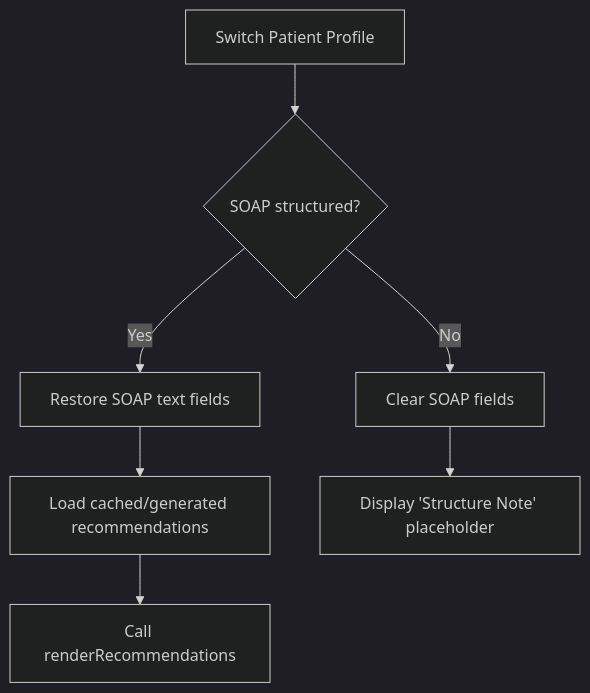
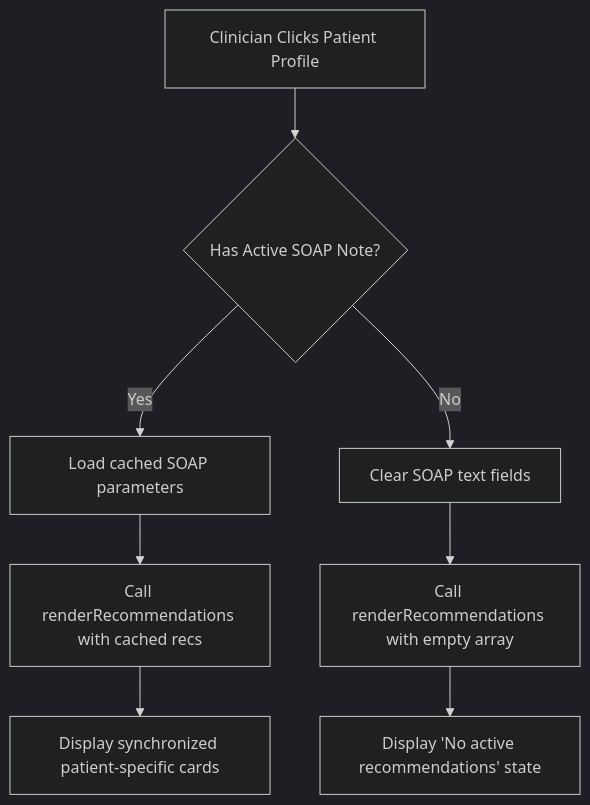
One commit to safevoice009/shinrin-ai changed the diagram in analysis_documentation/recommendations_desync_bug.md. Above: the diagram before and after it, drawn with Mermaid (dark theme). The commit also changed other lines of this file and 2 other files, not shown here.

````diff
--- a/analysis_documentation/recommendations_desync_bug.md
+++ b/analysis_documentation/recommendations_desync_bug.md
@@ -64,9 +62,10 @@
 ```mermaid
 graph TD
-    A[Switch Patient Profile] --> B{SOAP structured?}
-    B -->|Yes| C[Restore SOAP text fields]
-    C --> D[Load cached/generated recommendations]
-    D --> E[Call renderRecommendations]
-    B -->|No| F[Clear SOAP fields]
-    F --> G[Display 'Structure Note' placeholder]
+    ClickProfile[Clinician Clicks Patient Profile] --> CheckSoap{Has Active SOAP Note?}
+    CheckSoap -->|Yes| LoadCached[Load cached SOAP parameters]
+    LoadCached --> RenderRecs[Call renderRecommendations with cached recs]
+    RenderRecs --> UpdateUI[Display synchronized patient-specific cards]
+    CheckSoap -->|No| ClearFields[Clear SOAP text fields]
+    ClearFields --> ClearRecs[Call renderRecommendations with empty array]
+    ClearRecs --> ShowPlaceholder[Display 'No active recommendations' state]
 ```
````
